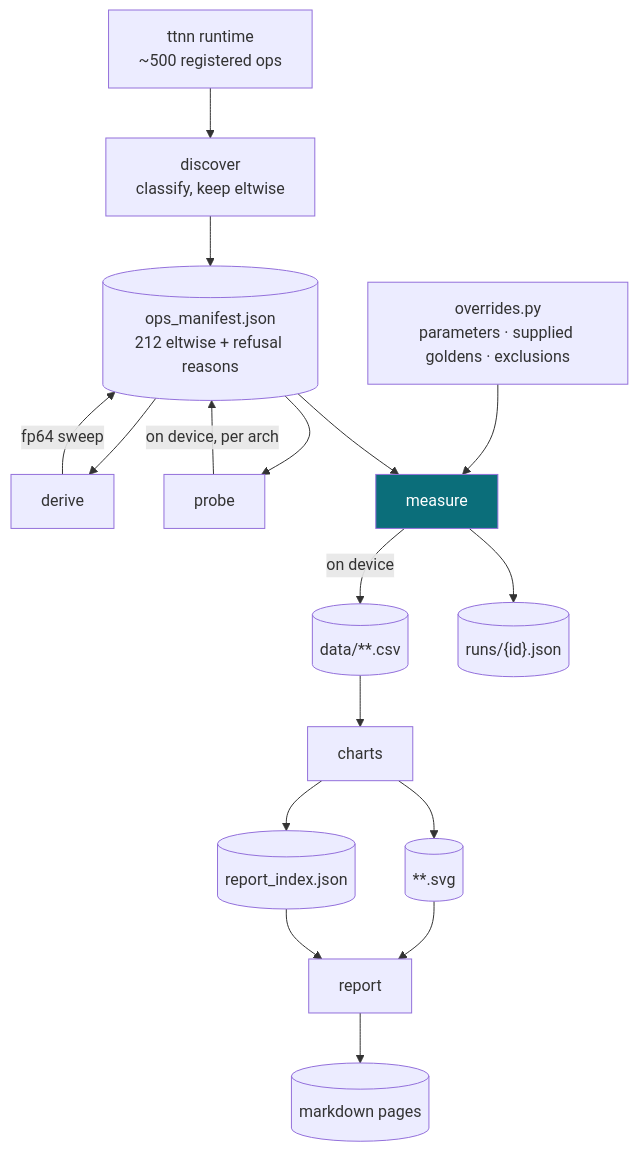
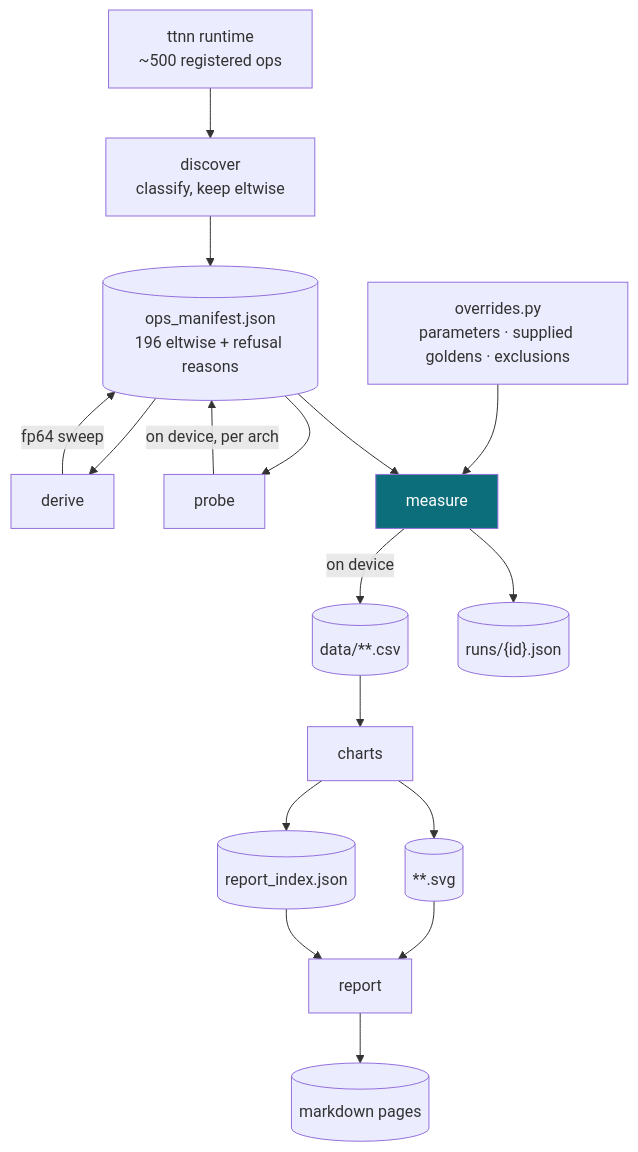
One commit to tenstorrent/tt-eltwise-accuracy-report changed the second of 4 diagrams in docs/architecture.md. Above: the diagram before and after it, drawn with Mermaid. The commit also changed 9 other files, not shown here.

Commit message:
style: every comment on one line, and the manifest holds 196 ops not 212

````diff
--- a/docs/architecture.md
+++ b/docs/architecture.md
@@ -55,24 +55,24 @@
 ```mermaid
 flowchart TD
     T["ttnn runtime<br/>~500 registered ops"] --> D1["discover<br/>classify, keep eltwise"]
-    D1 --> M1[("ops_manifest.json<br/>212 eltwise + refusal reasons")]
+    D1 --> M1[("ops_manifest.json<br/>196 eltwise + refusal reasons")]
     M1 --> D2["derive"]
     D2 -->|fp64 sweep| M1
     M1 --> D3["probe"]
     D3 -->|on device, per arch| M1
 
     OVR["overrides.py<br/>parameters · supplied goldens · exclusions"] --> R1
     M1 --> R1
 
     R1["measure"] -->|on device| CSV[("data/**.csv")]
     R1 --> PROV[("runs/{id}.json")]
 
     CSV --> C1["charts"] --> SVG[("**.svg")]
     C1 --> IDX[("report_index.json")]
 
     SVG --> P1["report"]
     IDX --> P1
     P1 --> MD[("markdown pages")]
 
     style R1 fill:#0b6e7a,color:#fff
 ```
````
